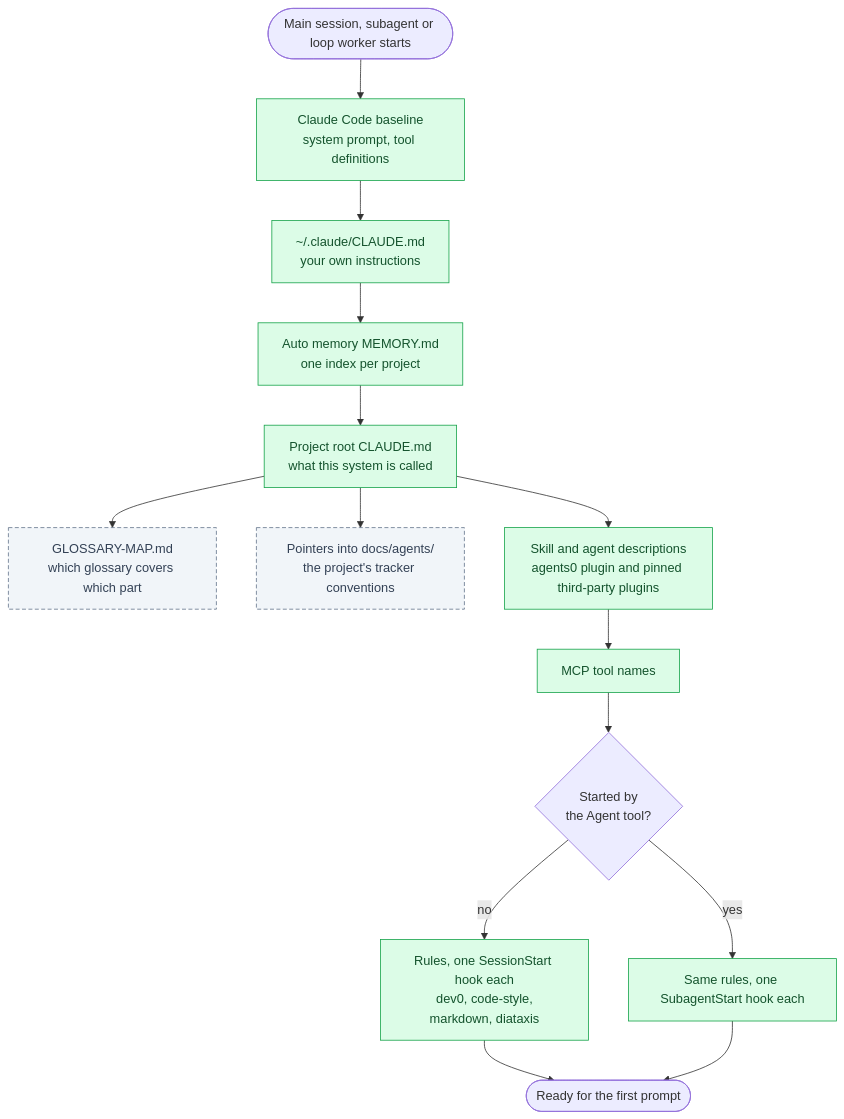
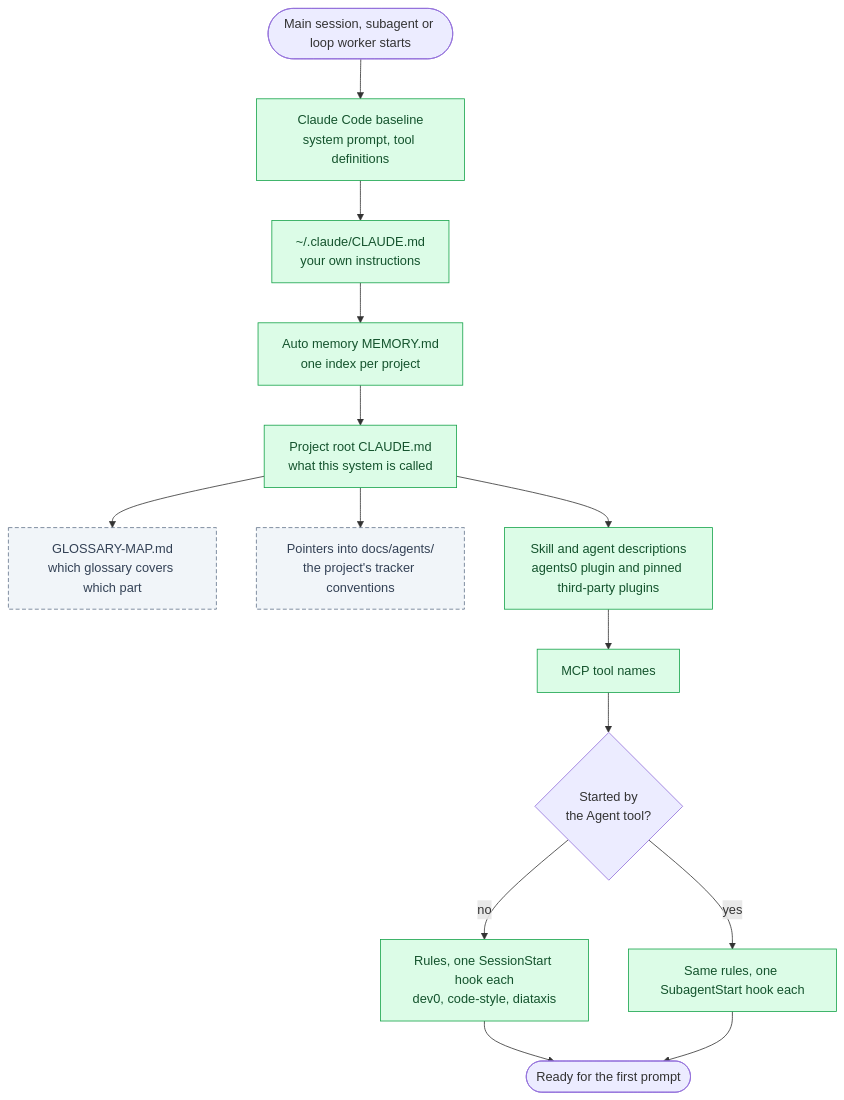
The first of 3 diagrams in README.md (tforster/agents0), drawn with Mermaid before and after one commit. The commit also changed other lines of this file and 8 other files, not shown here.

First line of the commit message:
Fold markdown.md into the markdown skill and delete diataxis.md (Re: AGEN-12) (#27)

````diff
--- a/README.md
+++ b/README.md
@@ -52,19 +52,19 @@
 ```mermaid
 flowchart TD
   start(["Main session, subagent or loop worker starts"]) --> harness["Claude Code baseline<br/>system prompt, tool definitions"]:::exists
   harness --> globalMd["~/.claude/CLAUDE.md<br/>your own instructions"]:::exists
   globalMd --> memory["Auto memory MEMORY.md<br/>one index per project"]:::exists
   memory --> rootMd["Project root CLAUDE.md<br/>what this system is called"]:::exists
   rootMd --> glossaryMap["GLOSSARY-MAP.md<br/>which glossary covers which part"]:::planned
   rootMd --> agentDocs["Pointers into docs/agents/<br/>the project's tracker conventions"]:::planned
   rootMd --> pointers["Skill and agent descriptions<br/>agents0 plugin and pinned third-party plugins"]:::exists
   pointers --> mcp["MCP tool names"]:::exists
   mcp --> subagent{"Started by<br/>the Agent tool?"}
-  subagent -- no --> sessionRules["Rules, one SessionStart hook each<br/>dev0, code-style,<br/>markdown, diataxis"]:::exists
+  subagent -- no --> sessionRules["Rules, one SessionStart hook each<br/>dev0, code-style, diataxis"]:::exists
   subagent -- yes --> subagentRules["Same rules, one SubagentStart hook each"]:::exists
   sessionRules --> ready(["Ready for the first prompt"])
   subagentRules --> ready
 
   classDef exists fill:#dcfce7,stroke:#16a34a,color:#14532d
   classDef planned fill:#f1f5f9,stroke:#64748b,color:#334155,stroke-dasharray:5 3
 ```
````
